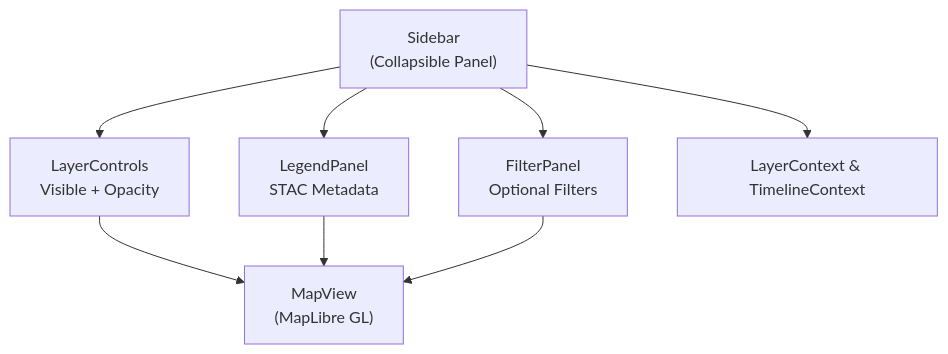
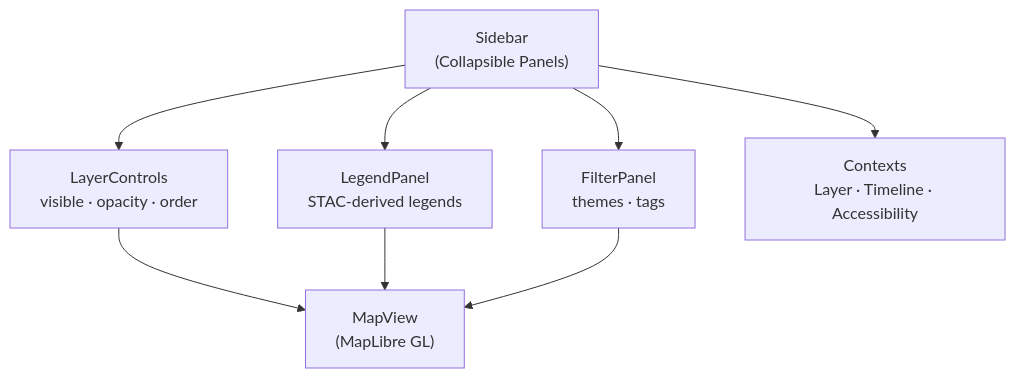
The first of 2 diagrams in web/src/components/Sidebar/README.md (bartytime4life/Kansas-Frontier-Matrix), drawn with Mermaid before and after one commit. The commit also changed other lines of this file, not shown here.

````diff
--- a/web/src/components/Sidebar/README.md
+++ b/web/src/components/Sidebar/README.md
@@ -66,11 +46,11 @@
 ```mermaid
 flowchart TD
-  SB["Sidebar<br/>(Collapsible Panel)"] --> LC["LayerControls<br/>Visible + Opacity"]
-  SB --> LP["LegendPanel<br/>STAC Metadata"]
-  SB --> FP["FilterPanel<br/>Optional Filters"]
-  SB --> CTX["LayerContext & TimelineContext"]
+  SB["Sidebar<br/>(Collapsible Panels)"] --> LC["LayerControls<br/>visible · opacity · order"]
+  SB --> LP["LegendPanel<br/>STAC-derived legends"]
+  SB --> FP["FilterPanel<br/>themes · tags"]
+  SB --> CTX["Contexts<br/>Layer · Timeline · Accessibility"]
   LC --> MAP["MapView<br/>(MapLibre GL)"]
   LP --> MAP
   FP --> MAP
 %% END OF MERMAID
 ```
````
